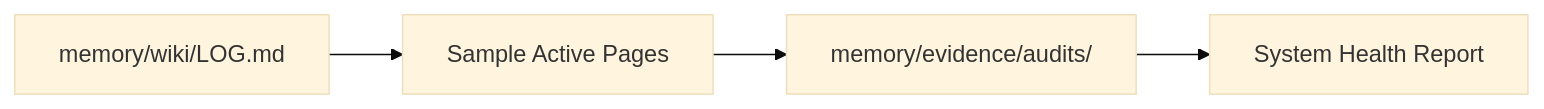
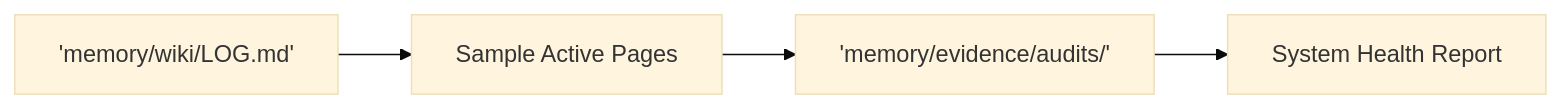
Before and after one commit to latentarts/memoid: the fourth of 4 diagrams in README.md, drawn with Mermaid (base theme). The commit also changed other lines of this file and 20 other files, not shown here.

````diff
--- a/README.md
+++ b/README.md
@@ -184,6 +203,6 @@
 ```mermaid
 graph LR
-    A[memory/wiki/LOG.md] --> B[Sample Active Pages]
-    B --> C[memory/evidence/audits/]
+    A['memory/wiki/LOG.md'] --> B[Sample Active Pages]
+    B --> C['memory/evidence/audits/']
     C --> D[System Health Report]
 ```
````
